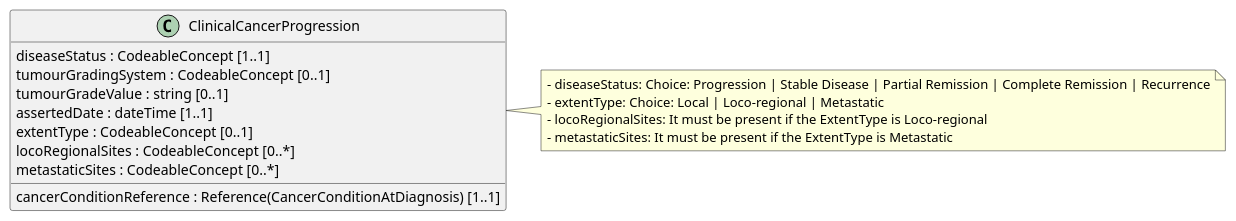
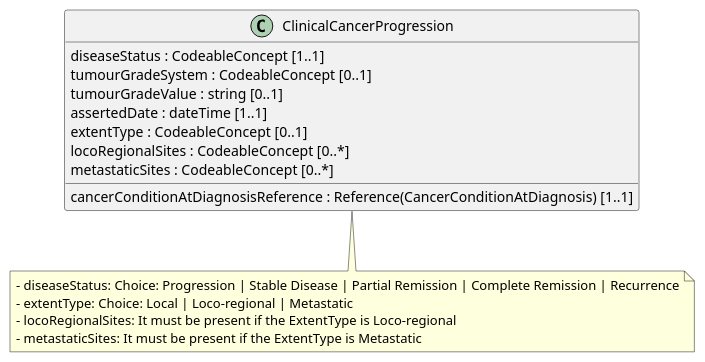
The diagram in input/images-source/ClinicalCancerProgression_LM.plantuml (hl7-eu/cancer-common), drawn with PlantUML before and after one commit. The commit also changed 15 other files, not shown here.

Commit message:
Update logical model diagrams and page

```diff
--- a/input/images-source/ClinicalCancerProgression_LM.plantuml
+++ b/input/images-source/ClinicalCancerProgression_LM.plantuml
@@ -1,22 +1,22 @@
 @startuml
 hide empty members
 skinparam classAttributeIconSize 0
 
 class ClinicalCancerProgression {
-  cancerConditionReference : Reference(CancerConditionAtDiagnosis) [1..1]
+  cancerConditionAtDiagnosisReference : Reference(CancerConditionAtDiagnosis) [1..1]
   diseaseStatus : CodeableConcept [1..1]
-  tumourGradingSystem : CodeableConcept [0..1]
+  tumourGradeSystem : CodeableConcept [0..1]
   tumourGradeValue : string [0..1]
   assertedDate : dateTime [1..1]
   extentType : CodeableConcept [0..1]
   locoRegionalSites : CodeableConcept [0..*]
   metastaticSites : CodeableConcept [0..*]
 }
 
-note right of ClinicalCancerProgression
+note bottom of ClinicalCancerProgression
 - diseaseStatus: Choice: Progression | Stable Disease | Partial Remission | Complete Remission | Recurrence
 - extentType: Choice: Local | Loco-regional | Metastatic
 - locoRegionalSites: It must be present if the ExtentType is Loco-regional
 - metastaticSites: It must be present if the ExtentType is Metastatic
 end note
 @enduml
```
